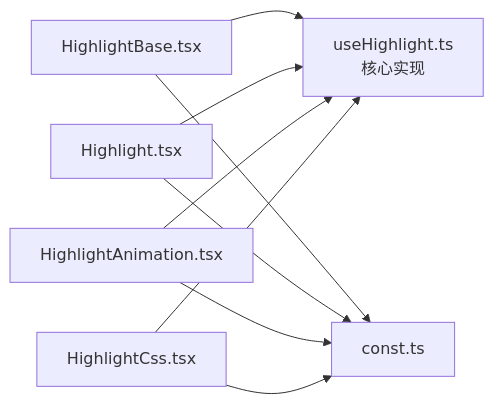
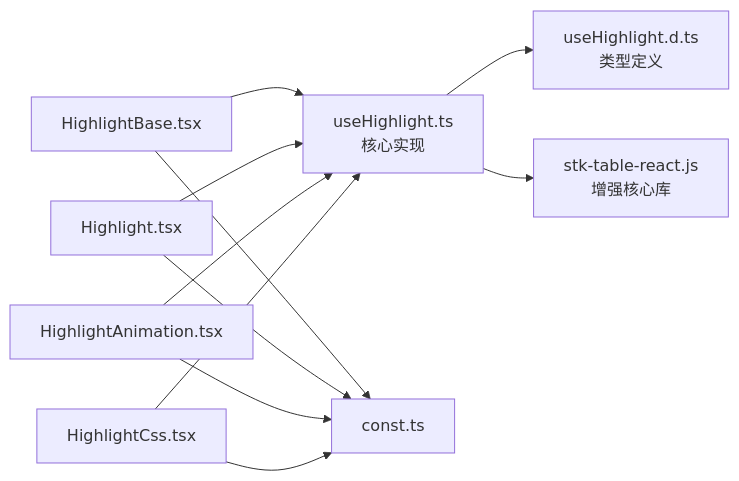
Before and after one commit to ja-plus/stk-table-react: the fourth of 4 diagrams in .qoder/repowiki/zh/content/自定义与扩展/高亮钩子 (useHighlight).md, drawn with Mermaid. The commit also changed other lines of this file and 10 other files, not shown here.

````diff
--- a/.qoder/repowiki/zh/content/自定义与扩展/高亮钩子 (useHighlight).md
+++ b/.qoder/repowiki/zh/content/自定义与扩展/高亮钩子 (useHighlight).md
@@ -230,11 +256,13 @@
 ```mermaid
 graph LR
 HB["HighlightBase.tsx"] --> H["useHighlight.ts<br/>核心实现"]
 HA["Highlight.tsx"] --> H
 HAN["HighlightAnimation.tsx"] --> H
 HC["HighlightCss.tsx"] --> H
 HB --> C["const.ts"]
 HA --> C
 HAN --> C
 HC --> C
+H --> TD["useHighlight.d.ts<br/>类型定义"]
+H --> JS["stk-table-react.js<br/>增强核心库"]
 ```
````
